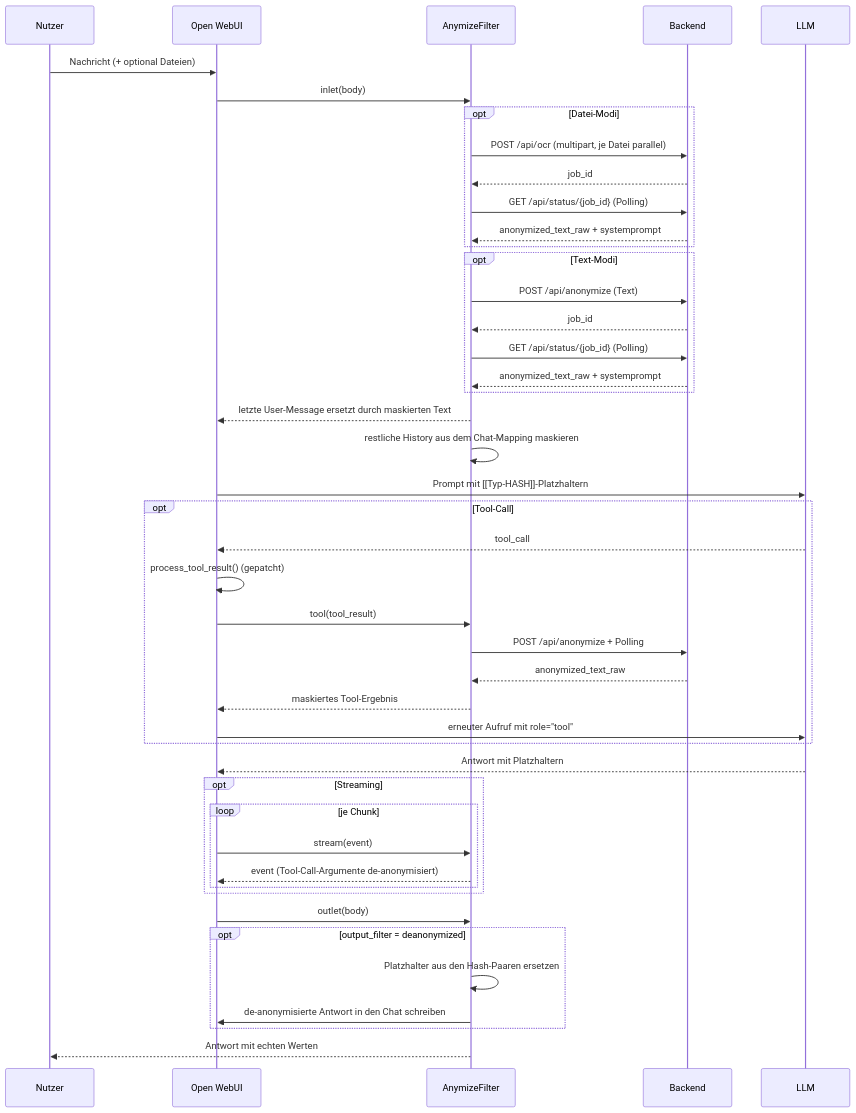
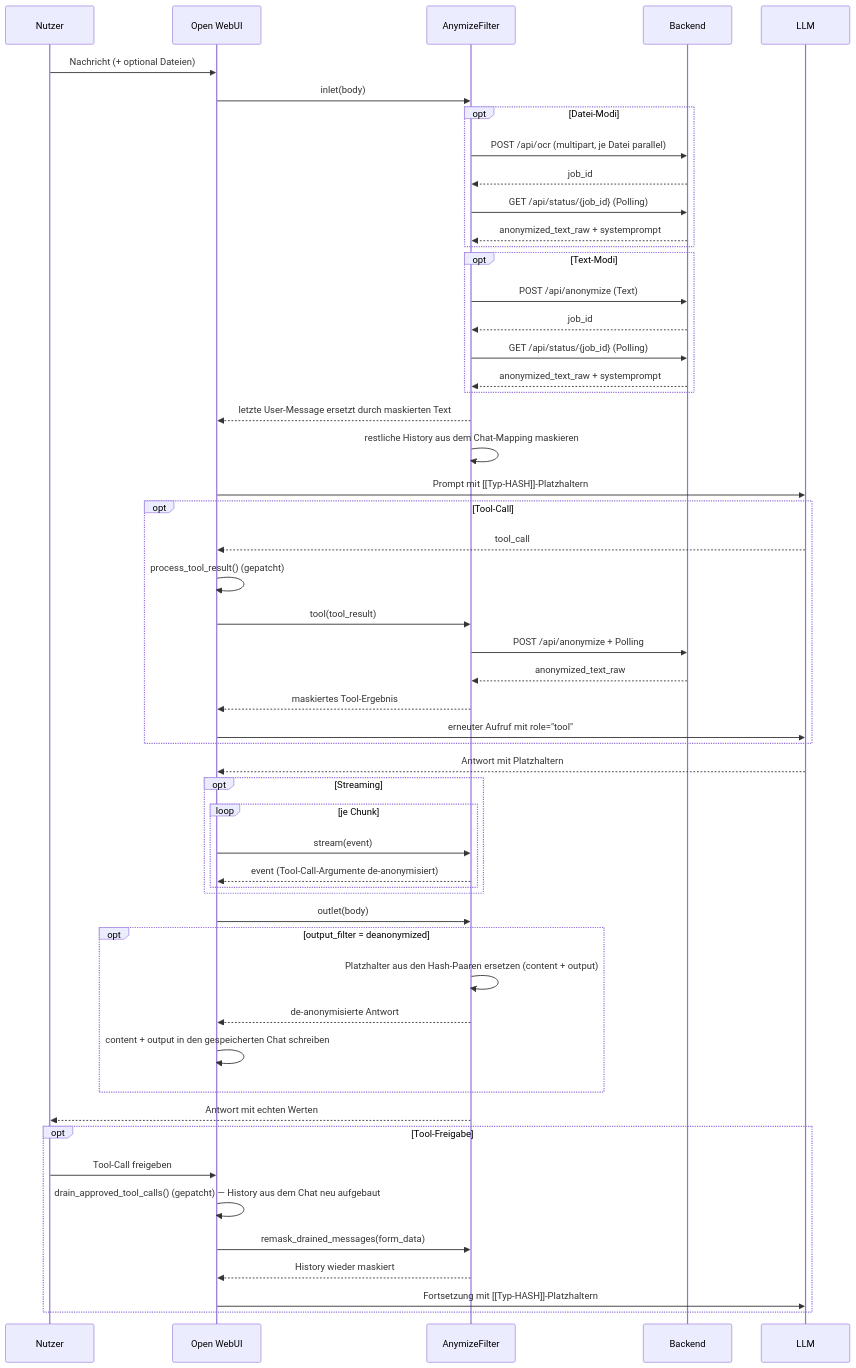
The diagram in README.md (Matze2010/AnyomizeFilter), drawn with Mermaid before and after one commit. The commit also changed other lines of this file and 1 other file, not shown here.

````diff
--- a/README.md
+++ b/README.md
@@ -15,48 +15,56 @@
 ```mermaid
 sequenceDiagram
     participant U as Nutzer
     participant OWUI as Open WebUI
     participant F as AnymizeFilter
     participant A as Backend
     participant LLM as LLM
 
     U->>OWUI: Nachricht (+ optional Dateien)
     OWUI->>F: inlet(body)
     opt Datei-Modi
         F->>A: POST /api/ocr (multipart, je Datei parallel)
         A-->>F: job_id
         F->>A: GET /api/status/{job_id} (Polling)
         A-->>F: anonymized_text_raw + systemprompt
     end
     opt Text-Modi
         F->>A: POST /api/anonymize (Text)
         A-->>F: job_id
         F->>A: GET /api/status/{job_id} (Polling)
         A-->>F: anonymized_text_raw + systemprompt
     end
     F-->>OWUI: letzte User-Message ersetzt durch maskierten Text
     F->>F: restliche History aus dem Chat-Mapping maskieren
     OWUI->>LLM: Prompt mit [[Typ-HASH]]-Platzhaltern
     opt Tool-Call
         LLM-->>OWUI: tool_call
         OWUI->>OWUI: process_tool_result() (gepatcht)
         OWUI->>F: tool(tool_result)
         F->>A: POST /api/anonymize + Polling
         A-->>F: anonymized_text_raw
         F-->>OWUI: maskiertes Tool-Ergebnis
         OWUI->>LLM: erneuter Aufruf mit role="tool"
     end
     LLM-->>OWUI: Antwort mit Platzhaltern
     opt Streaming
         loop je Chunk
             OWUI->>F: stream(event)
             F-->>OWUI: event (Tool-Call-Argumente de-anonymisiert)
         end
     end
     OWUI->>F: outlet(body)
     opt output_filter = deanonymized
-        F->>F: Platzhalter aus den Hash-Paaren ersetzen
-        F->>OWUI: de-anonymisierte Antwort in den Chat schreiben
+        F->>F: Platzhalter aus den Hash-Paaren ersetzen (content + output)
+        F-->>OWUI: de-anonymisierte Antwort
+        OWUI->>OWUI: content + output in den gespeicherten Chat schreiben
     end
     F-->>U: Antwort mit echten Werten
+    opt Tool-Freigabe
+        U->>OWUI: Tool-Call freigeben
+        OWUI->>OWUI: drain_approved_tool_calls() (gepatcht) — History aus dem Chat neu aufgebaut
+        OWUI->>F: remask_drained_messages(form_data)
+        F-->>OWUI: History wieder maskiert
+        OWUI->>LLM: Fortsetzung mit [[Typ-HASH]]-Platzhaltern
+    end
 ```
````
